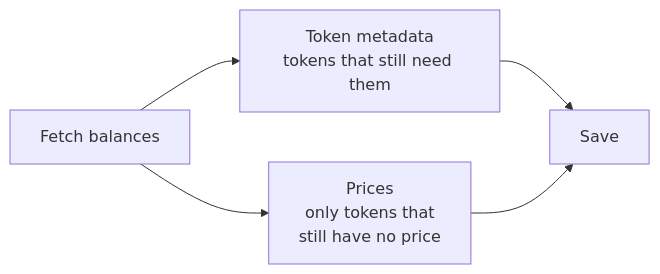
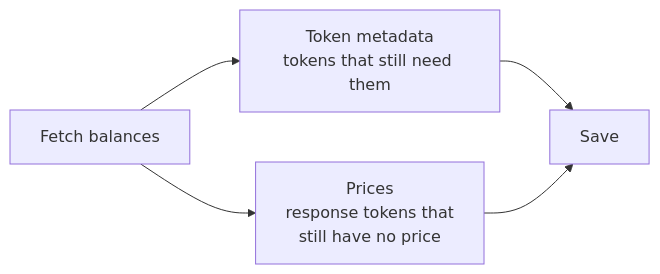
Before and after one commit to MetaMask/core: the second of 3 diagrams in packages/assets-controller/docs/decisions/2026-10-20-remove-detection-middleware.md, drawn with Mermaid. The commit also changed other lines of this file and 10 other files, not shown here.

````diff
--- a/packages/assets-controller/docs/decisions/2026-10-20-remove-detection-middleware.md
+++ b/packages/assets-controller/docs/decisions/2026-10-20-remove-detection-middleware.md
@@ -58,7 +58,7 @@
 ```mermaid
 flowchart LR
   Bal["Fetch balances"] --> Names["Token metadata<br/>tokens that still need them"]
-  Bal --> Prices["Prices<br/>only tokens that<br/>still have no price"]
+  Bal --> Prices["Prices<br/>response tokens that<br/>still have no price"]
   Names --> Save["Save"]
   Prices --> Save
 ```
````
